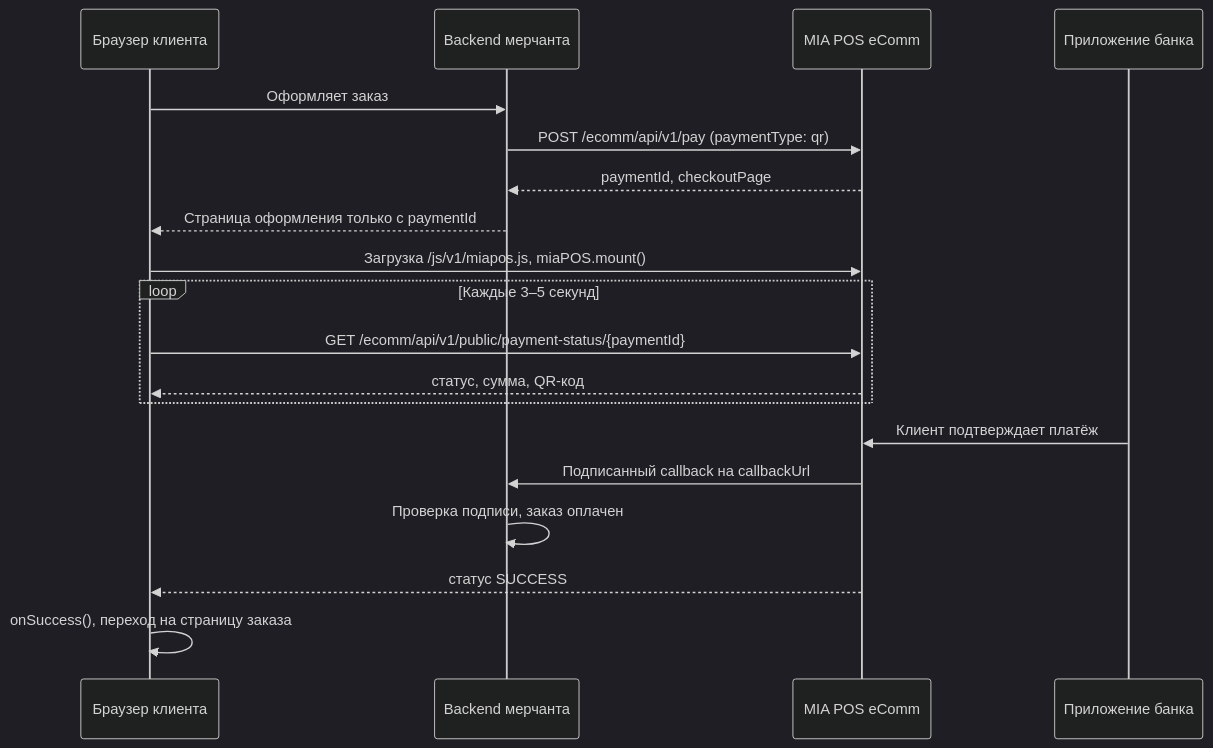
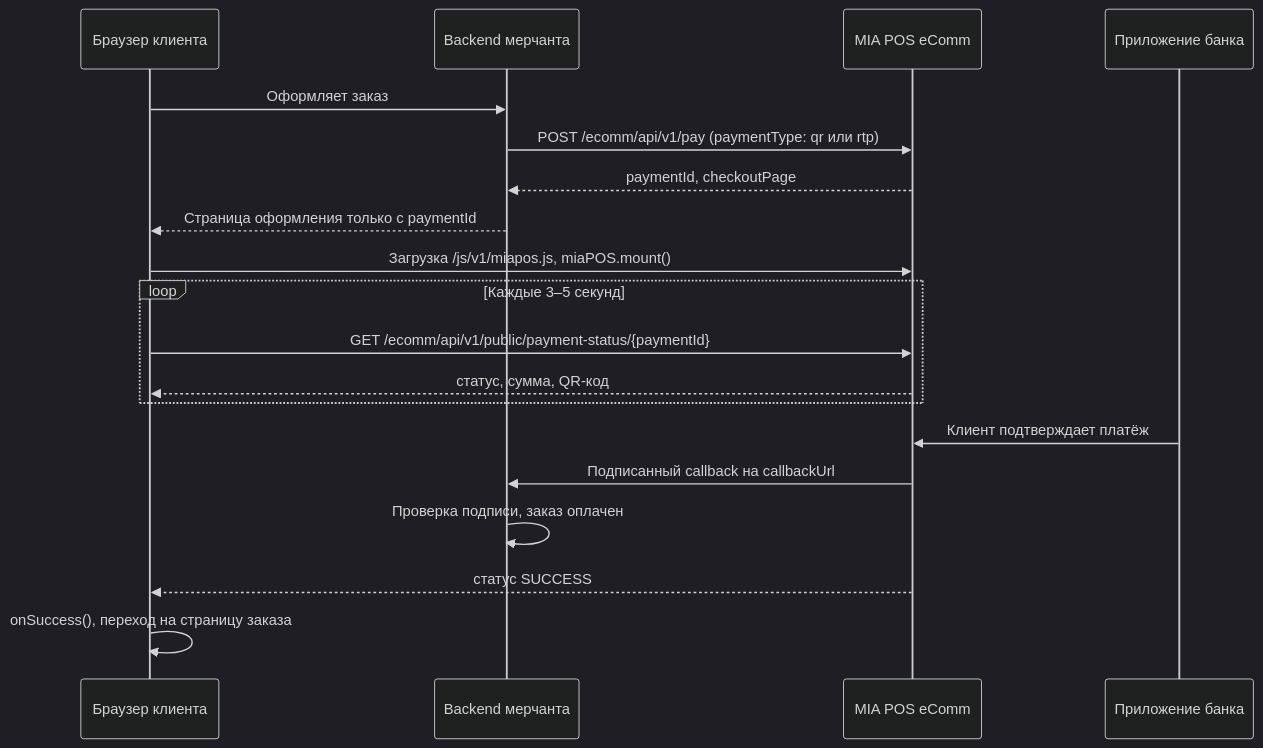
One commit to miapos/mia-pay-ecomm-integration changed the diagram in docs/ru/embedded-checkout.md. Above: the diagram before and after it, drawn with Mermaid (dark theme). The commit also changed other lines of this file and 2 other files, not shown here.

````diff
--- a/docs/ru/embedded-checkout.md
+++ b/docs/ru/embedded-checkout.md
@@ -33,22 +33,22 @@
 ```mermaid
 sequenceDiagram
     participant B as Браузер клиента
     participant S as Backend мерчанта
     participant M as MIA POS eComm
     participant A as Приложение банка
 
     B->>S: Оформляет заказ
-    S->>M: POST /ecomm/api/v1/pay (paymentType: qr)
+    S->>M: POST /ecomm/api/v1/pay (paymentType: qr или rtp)
     M-->>S: paymentId, checkoutPage
     S-->>B: Страница оформления только с paymentId
     B->>M: Загрузка /js/v1/miapos.js, miaPOS.mount()
     loop Каждые 3–5 секунд
         B->>M: GET /ecomm/api/v1/public/payment-status/{paymentId}
         M-->>B: статус, сумма, QR-код
     end
     A->>M: Клиент подтверждает платёж
     M->>S: Подписанный callback на callbackUrl
     S->>S: Проверка подписи, заказ оплачен
     M-->>B: статус SUCCESS
     B->>B: onSuccess(), переход на страницу заказа
 ```
````
